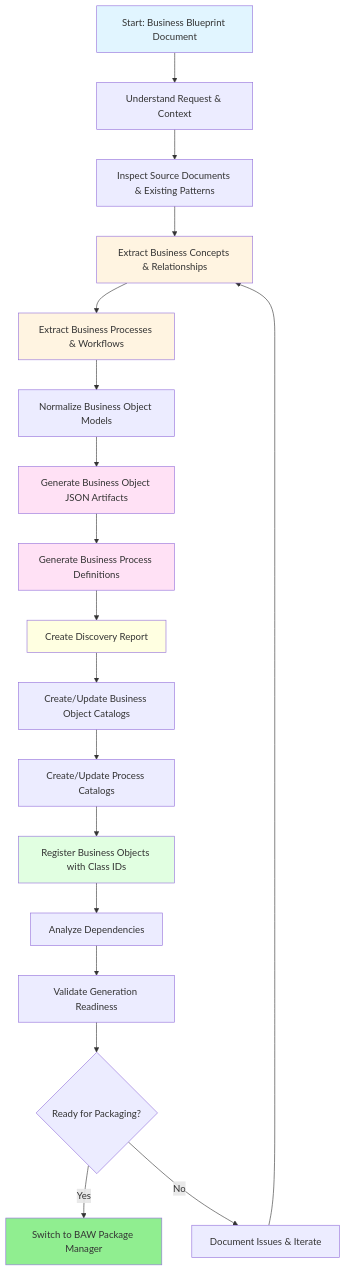
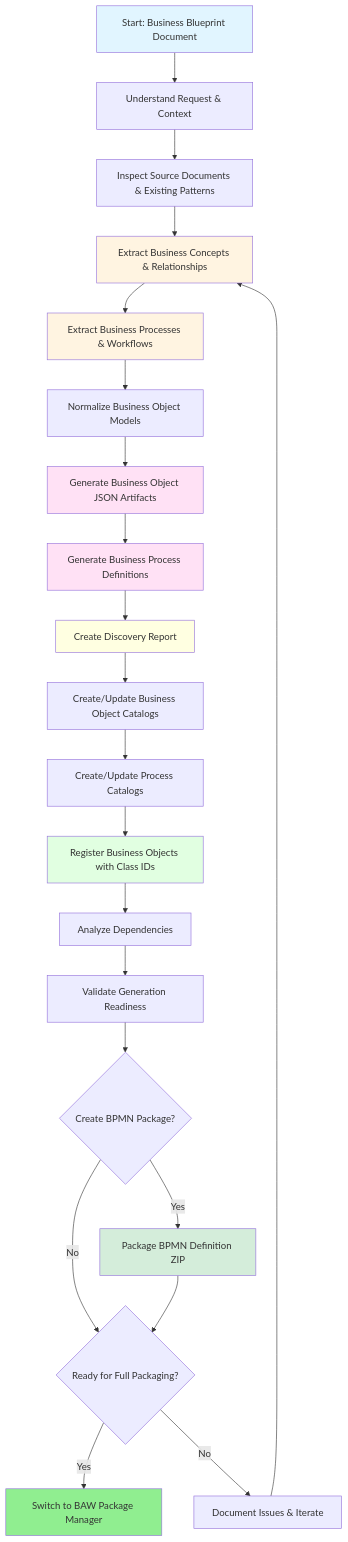
One commit to MalekJabri/BOB-BAW changed the first of 2 diagrams in docs/BAW_BLUEPRINT_PARSER_MODE.md. Above: the diagram before and after it, drawn with Mermaid. The commit also changed other lines of this file and 4 other files, not shown here.

Commit message:
Creation BPMN Zip python

````diff
--- a/docs/BAW_BLUEPRINT_PARSER_MODE.md
+++ b/docs/BAW_BLUEPRINT_PARSER_MODE.md
@@ -76,29 +76,33 @@
 ```mermaid
 graph TD
     A[Start: Business Blueprint Document] --> B[Understand Request & Context]
     B --> C[Inspect Source Documents & Existing Patterns]
     C --> D[Extract Business Concepts & Relationships]
     D --> E[Extract Business Processes & Workflows]
     E --> F[Normalize Business Object Models]
     F --> G[Generate Business Object JSON Artifacts]
     G --> H[Generate Business Process Definitions]
     H --> I[Create Discovery Report]
     I --> J[Create/Update Business Object Catalogs]
     J --> K[Create/Update Process Catalogs]
     K --> L[Register Business Objects with Class IDs]
     L --> M[Analyze Dependencies]
     M --> N[Validate Generation Readiness]
-    N --> O{Ready for Packaging?}
-    O -->|Yes| P[Switch to BAW Package Manager]
-    O -->|No| Q[Document Issues & Iterate]
-    Q --> D
+    N --> O{Create BPMN Package?}
+    O -->|Yes| P[Package BPMN Definition ZIP]
+    O -->|No| Q{Ready for Full Packaging?}
+    P --> Q
+    Q -->|Yes| R[Switch to BAW Package Manager]
+    Q -->|No| S[Document Issues & Iterate]
+    S --> D
     
     style A fill:#e1f5ff
     style D fill:#fff4e1
     style E fill:#fff4e1
     style G fill:#ffe1f5
     style H fill:#ffe1f5
     style I fill:#ffffe1
     style L fill:#e1ffe1
-    style P fill:#90EE90
+    style P fill:#d4edda
+    style R fill:#90EE90
 ```
````
